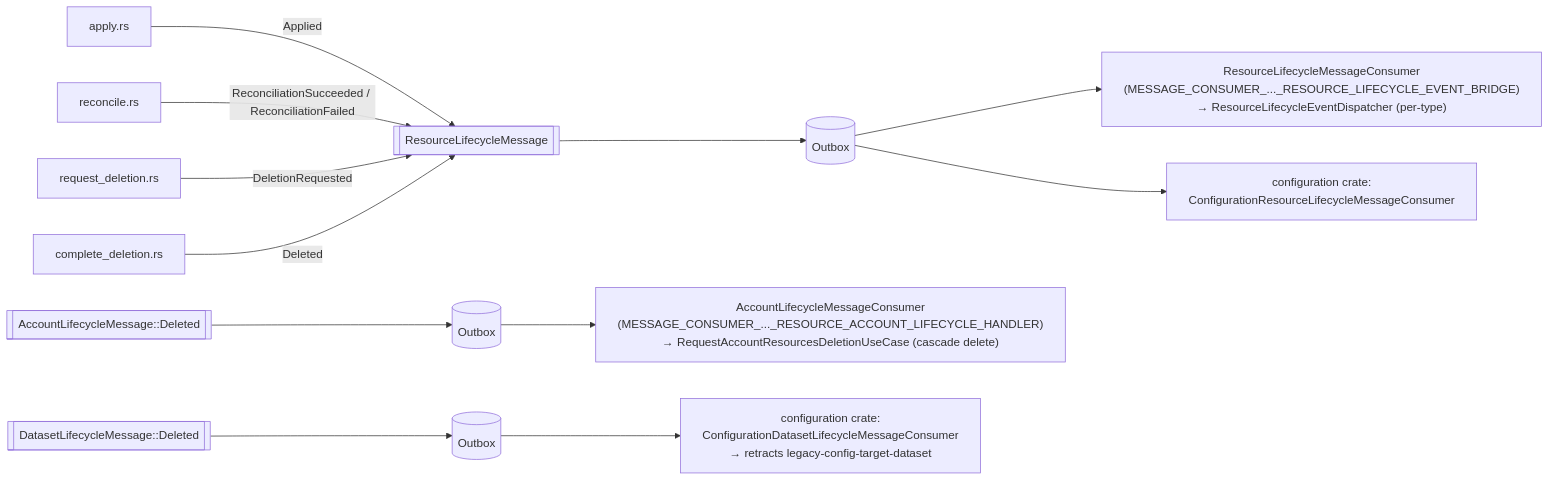
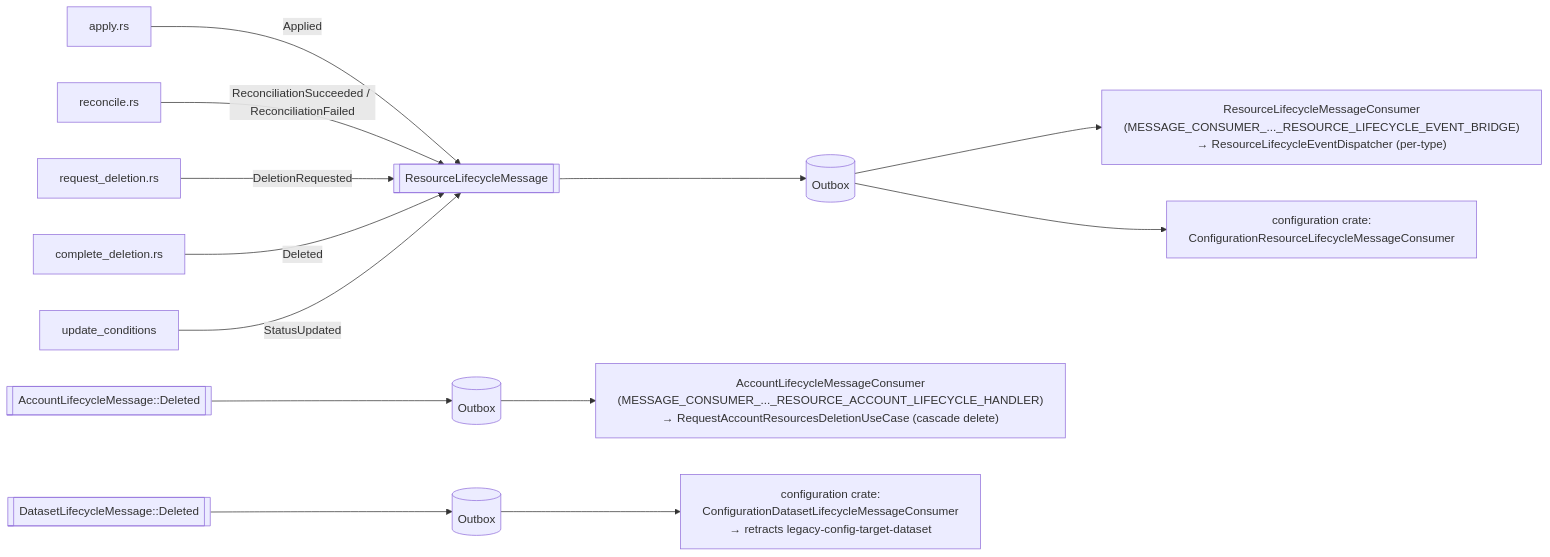
The fifth of 6 diagrams in docs/internal/resources-framework.md (kamu-data/kamu-cli), drawn with Mermaid before and after one commit. The commit also changed other lines of this file and 18 other files, not shown here.

````diff
--- a/docs/internal/resources-framework.md
+++ b/docs/internal/resources-framework.md
@@ -1459,18 +1498,19 @@
 ```mermaid
 flowchart LR
     APPLY["apply.rs"] -->|Applied| MSG[["ResourceLifecycleMessage"]]
     REC["reconcile.rs"] -->|ReconciliationSucceeded / ReconciliationFailed| MSG
     DEL["request_deletion.rs"] -->|DeletionRequested| MSG
     COMP["complete_deletion.rs"] -->|Deleted| MSG
+    PATCH["update_conditions"] -->|StatusUpdated| MSG
 
     MSG --> OB[("Outbox")]
 
     OB --> BRIDGE["ResourceLifecycleMessageConsumer<br/>(MESSAGE_CONSUMER_..._RESOURCE_LIFECYCLE_EVENT_BRIDGE)<br/>→ ResourceLifecycleEventDispatcher (per-type)"]
     OB --> CFG["configuration crate:<br/>ConfigurationResourceLifecycleMessageConsumer"]
 
     ACC[["AccountLifecycleMessage::Deleted"]] --> OB2[("Outbox")]
     OB2 --> ACCH["AccountLifecycleMessageConsumer<br/>(MESSAGE_CONSUMER_..._RESOURCE_ACCOUNT_LIFECYCLE_HANDLER)<br/>→ RequestAccountResourcesDeletionUseCase (cascade delete)"]
 
     DS[["DatasetLifecycleMessage::Deleted"]] --> OB3[("Outbox")]
     OB3 --> DSH["configuration crate:<br/>ConfigurationDatasetLifecycleMessageConsumer<br/>→ retracts legacy-config-target-dataset"]
 ```
````
